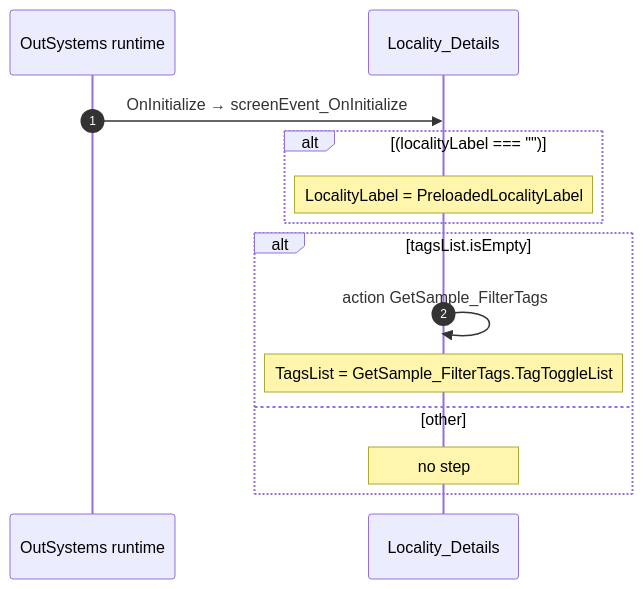
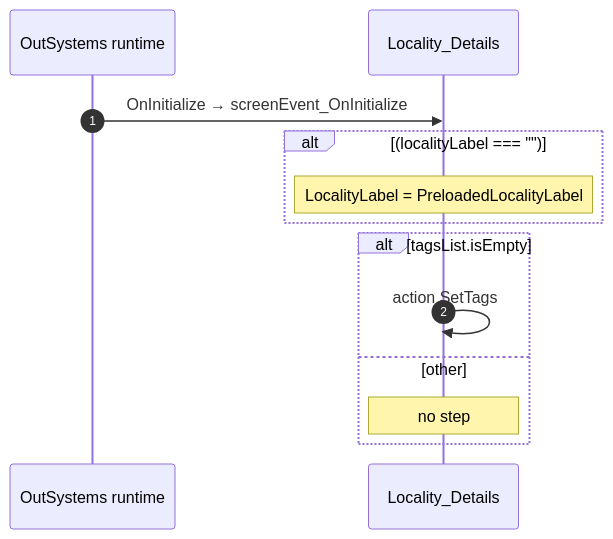
The sixth of 8 diagrams in route-actions/routes/Locality_Details.md (Phoenix-DX/connect-new-ui), drawn with Mermaid before and after one commit. The commit also changed other lines of this file and 30 other files, not shown here.

````diff
--- a/route-actions/routes/Locality_Details.md
+++ b/route-actions/routes/Locality_Details.md
@@ -242,16 +245,15 @@
 ```mermaid
 sequenceDiagram
   autonumber
   participant R as OutSystems runtime
   participant B as Locality_Details
   R->>B: OnInitialize → screenEvent_OnInitialize
   alt (localityLabel === "")
     Note over B: LocalityLabel = PreloadedLocalityLabel
   end
   alt tagsList.isEmpty
-    B->>B: action GetSample_FilterTags
-    Note over B: TagsList = GetSample_FilterTags.TagToggleList
+    B->>B: action SetTags
   else other
     Note over B: no step
   end
 ```
````
